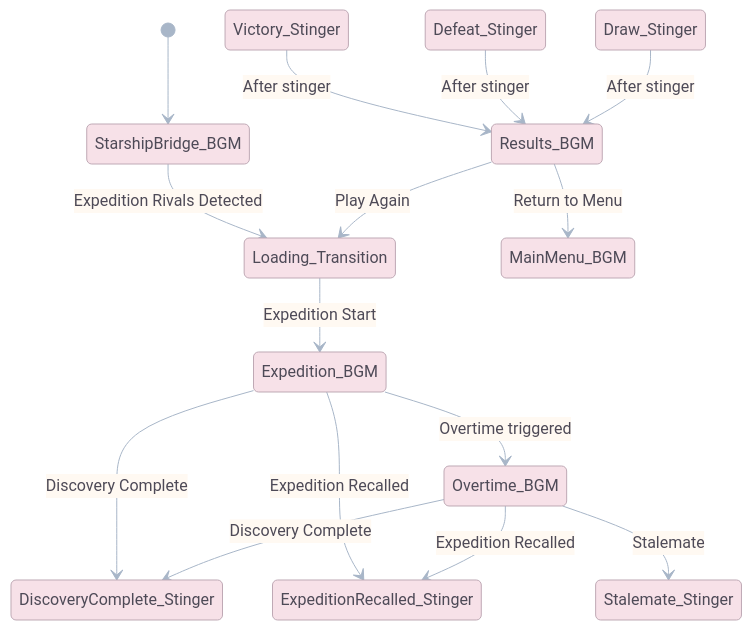
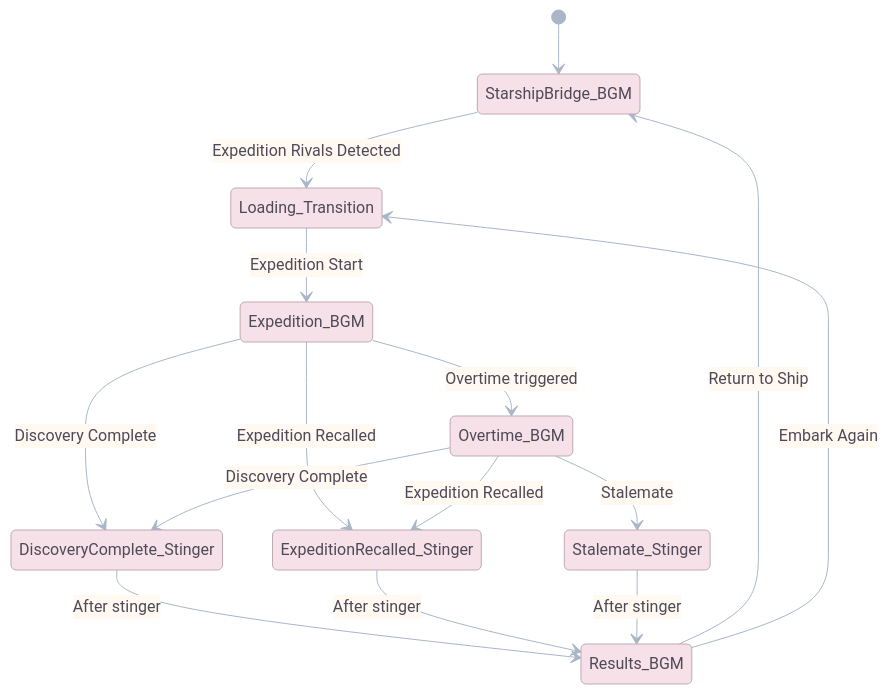
The second of 2 diagrams in .docs/GDD/07_Audio_and_Sound_Design.md (unknown-studios-code/goo-galaxy), drawn with Mermaid before and after one commit. The commit also changed other lines of this file and 54 other files, not shown here.

````diff
--- a/.docs/GDD/07_Audio_and_Sound_Design.md
+++ b/.docs/GDD/07_Audio_and_Sound_Design.md
@@ -186,22 +190,22 @@
 ```mermaid
 %%{init: {"theme":"base","themeVariables":{"primaryColor":"#F7E1E8","secondaryColor":"#DCEBF7","tertiaryColor":"#E4F3E1","primaryBorderColor":"#BFA9B5","lineColor":"#A8B6C8","primaryTextColor":"#4E4A57","clusterBkg":"#FAF5EA","clusterBorder":"#CDBFAF","edgeLabelBackground":"#FFF9F2","noteBkgColor":"#F7F1FA","noteTextColor":"#4E4A57","taskBkgColor":"#DCEBF7","taskTextColor":"#4E4A57","taskTextOutsideColor":"#4E4A57","sectionBkgColor":"#E4F3E1","sectionBorderColor":"#BCD0B9","gridColor":"#E8DDD3","todayLineColor":"#C7A7B5","actorBkg":"#F7E1E8","actorBorder":"#BFA9B5","actorTextColor":"#4E4A57","signalColor":"#A8B6C8","signalTextColor":"#4E4A57","labelBoxBkgColor":"#FFF9F2","labelBoxBorderColor":"#CDBFAF","labelTextColor":"#4E4A57"}}}%%
 stateDiagram-v2
     [*] --> StarshipBridge_BGM
     StarshipBridge_BGM --> Loading_Transition: Expedition Rivals Detected
     Loading_Transition --> Expedition_BGM: Expedition Start
 
     Expedition_BGM --> Overtime_BGM: Overtime triggered
     Expedition_BGM --> DiscoveryComplete_Stinger: Discovery Complete
     Expedition_BGM --> ExpeditionRecalled_Stinger: Expedition Recalled
 
     Overtime_BGM --> DiscoveryComplete_Stinger: Discovery Complete
     Overtime_BGM --> ExpeditionRecalled_Stinger: Expedition Recalled
     Overtime_BGM --> Stalemate_Stinger: Stalemate
 
-    Victory_Stinger --> Results_BGM: After stinger
-    Defeat_Stinger --> Results_BGM: After stinger
-    Draw_Stinger --> Results_BGM: After stinger
+    DiscoveryComplete_Stinger --> Results_BGM: After stinger
+    ExpeditionRecalled_Stinger --> Results_BGM: After stinger
+    Stalemate_Stinger --> Results_BGM: After stinger
 
-    Results_BGM --> MainMenu_BGM: Return to Menu
-    Results_BGM --> Loading_Transition: Play Again
+    Results_BGM --> StarshipBridge_BGM: Return to Ship
+    Results_BGM --> Loading_Transition: Embark Again
 ```
````
